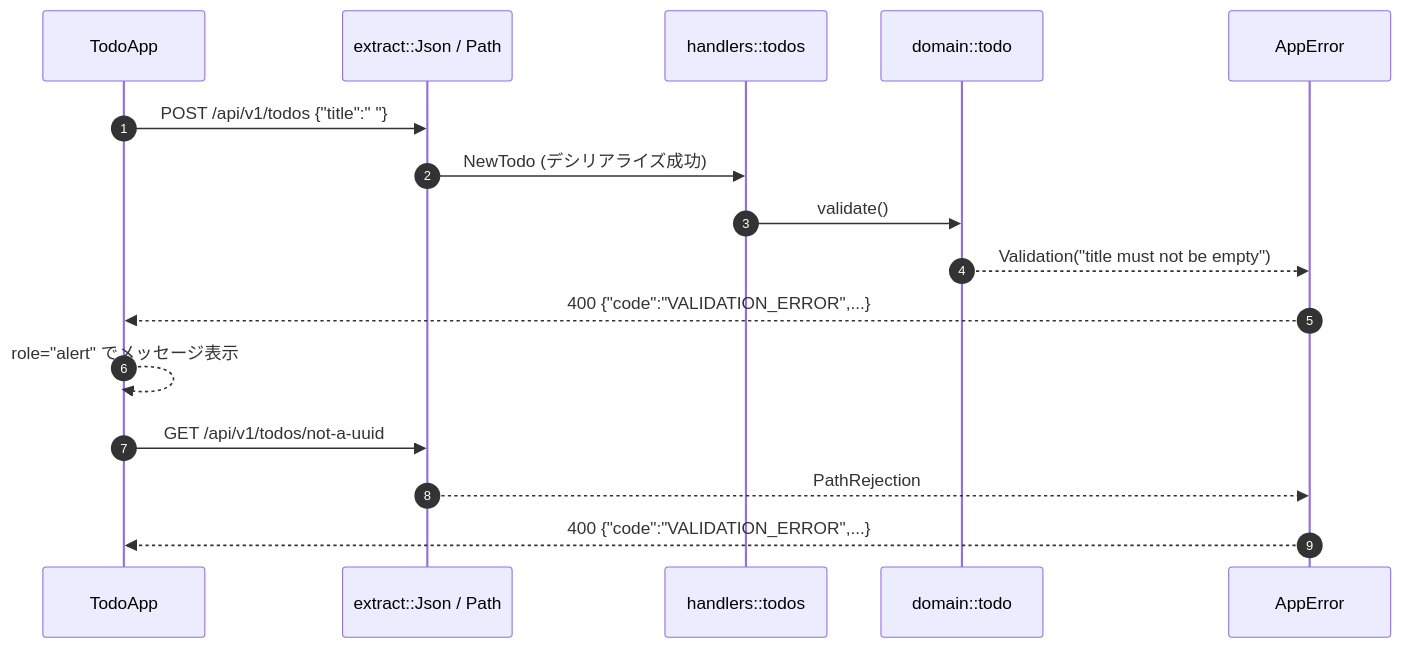
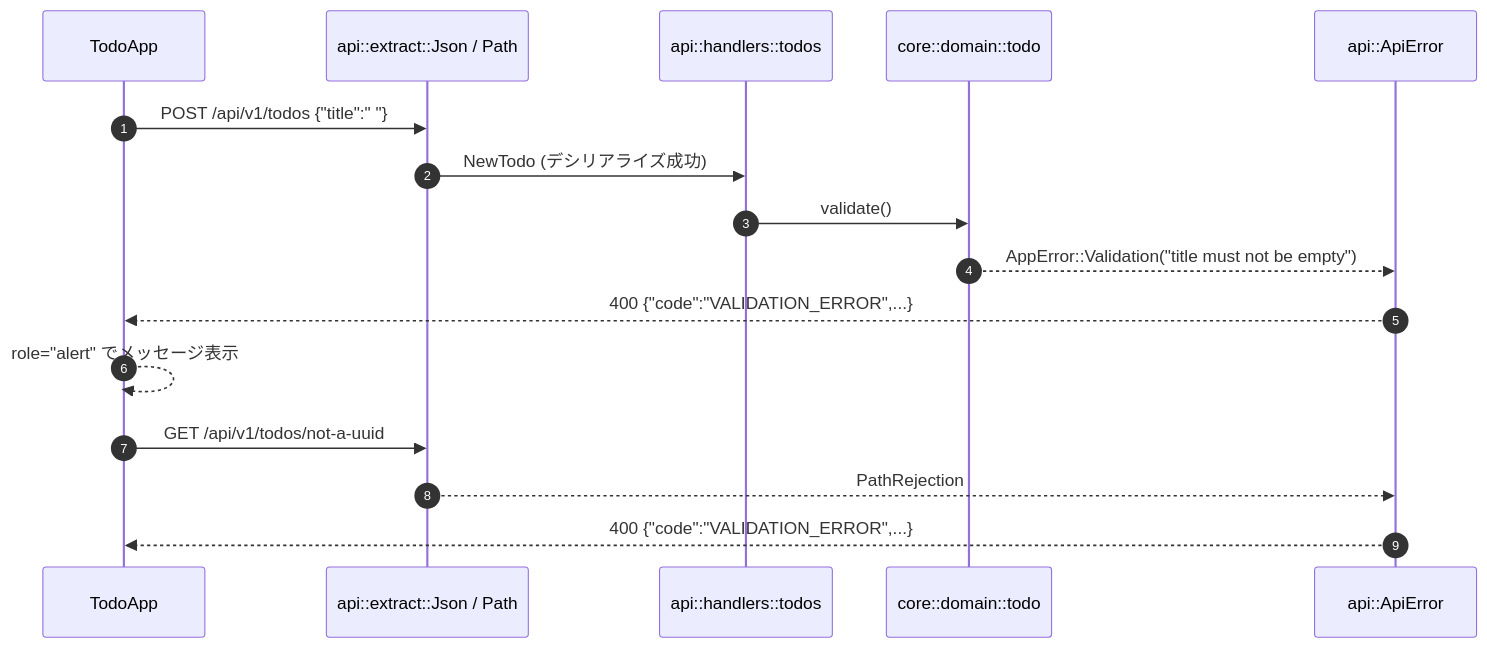
One commit to ktaishi/rust-next-voiler changed the fourth of 15 diagrams in README.md. Above: the diagram before and after it, drawn with Mermaid. The commit also changed other lines of this file and 53 other files, not shown here.

````diff
--- a/README.md
+++ b/README.md
@@ -151,20 +200,20 @@
 ```mermaid
 sequenceDiagram
     autonumber
     participant UI as TodoApp
-    participant X as extract::Json / Path
-    participant H as handlers::todos
-    participant D as domain::todo
-    participant E as AppError
+    participant X as api::extract::Json / Path
+    participant H as api::handlers::todos
+    participant D as core::domain::todo
+    participant E as api::ApiError
 
     UI->>X: POST /api/v1/todos {"title":"   "}
     X->>H: NewTodo (デシリアライズ成功)
     H->>D: validate()
-    D-->>E: Validation("title must not be empty")
+    D-->>E: AppError::Validation("title must not be empty")
     E-->>UI: 400 {"code":"VALIDATION_ERROR",...}
     UI-->>UI: role="alert" でメッセージ表示
 
     UI->>X: GET /api/v1/todos/not-a-uuid
     X-->>E: PathRejection
     E-->>UI: 400 {"code":"VALIDATION_ERROR",...}
 ```
````
